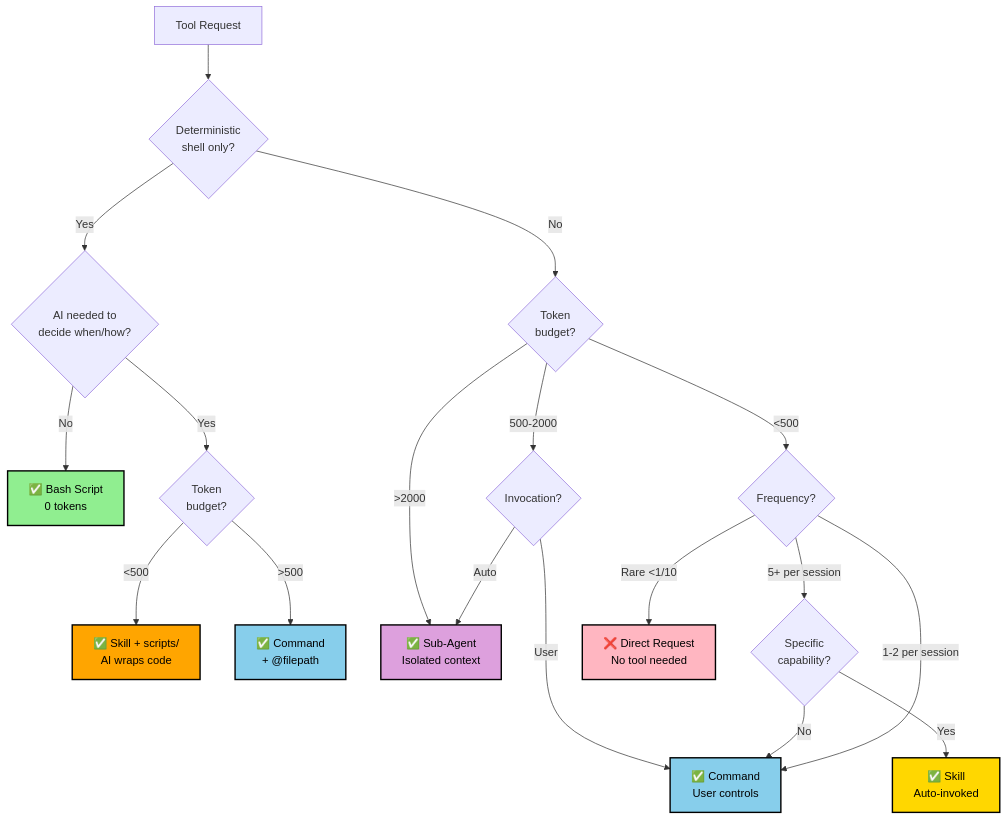
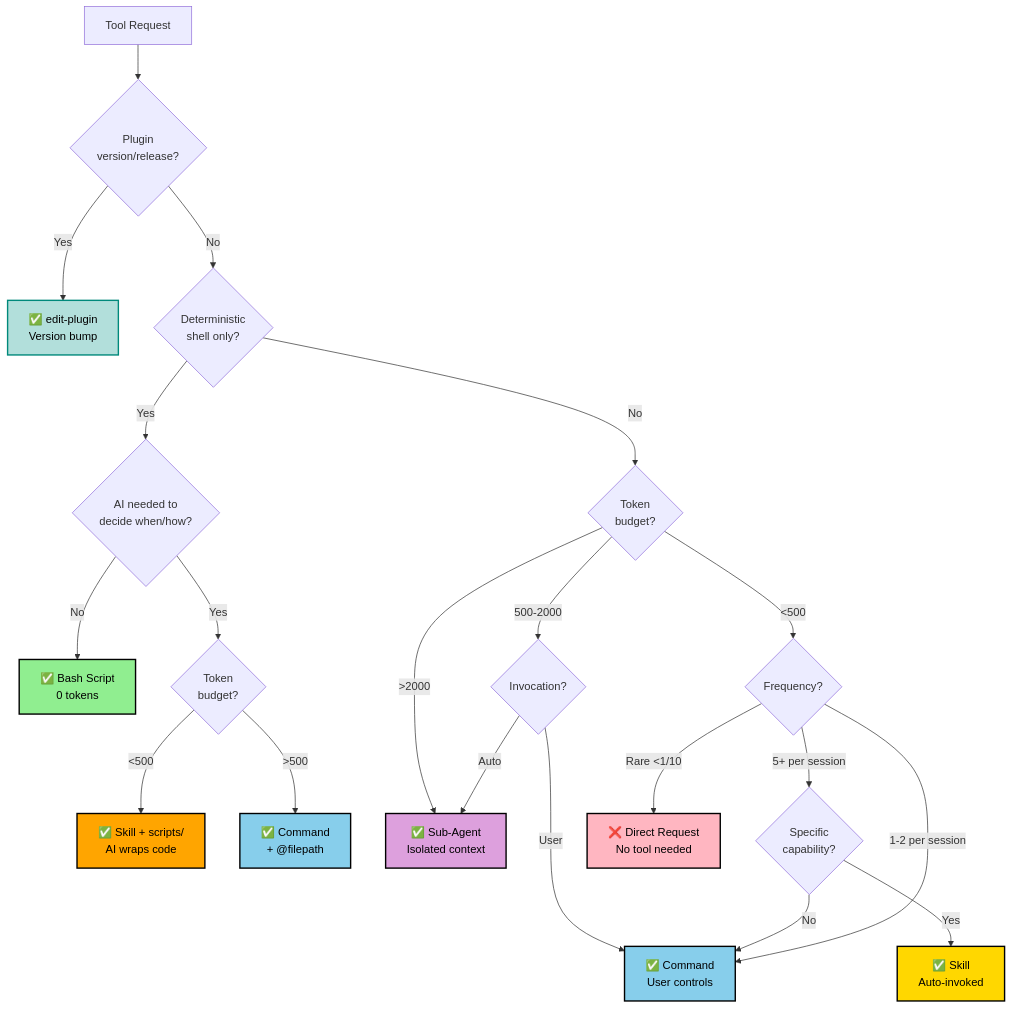
Before and after one commit to digital-stoic-org/agent-skills: the diagram in dstoic/skills/edit-tool/SKILL.md, drawn with Mermaid. The commit also changed other lines of this file and 15 other files, not shown here.

Commit message:
feat(skills): Add edit-plugin v0.2.0 - plugin versioning and metadata sync

````diff
--- a/dstoic/skills/edit-tool/SKILL.md
+++ b/dstoic/skills/edit-tool/SKILL.md
@@ -20,30 +20,33 @@
 ```mermaid
 graph TD
-    A[Tool Request] --> B{Deterministic<br/>shell only?}
+    A[Tool Request] --> AA{Plugin<br/>version/release?}
+    AA -->|Yes| PLUGIN[✅ edit-plugin<br/>Version bump]
+    AA -->|No| B{Deterministic<br/>shell only?}
     B -->|Yes| C{AI needed to<br/>decide when/how?}
     C -->|No| BASH[✅ Bash Script<br/>0 tokens]
     C -->|Yes| D{Token<br/>budget?}
     D -->|<500| WRAP[✅ Skill + scripts/<br/>AI wraps code]
     D -->|>500| CMD1[✅ Command<br/>+ @filepath]
 
     B -->|No| E{Token<br/>budget?}
     E -->|>2000| AGENT[✅ Sub-Agent<br/>Isolated context]
     E -->|500-2000| F{Invocation?}
     F -->|User| CMD2[✅ Command<br/>User controls]
     F -->|Auto| AGENT
 
     E -->|<500| G{Frequency?}
     G -->|5+ per session| H{Specific<br/>capability?}
     H -->|Yes| SKILL[✅ Skill<br/>Auto-invoked]
     H -->|No| CMD2
     G -->|1-2 per session| CMD2
     G -->|Rare <1/10| DIRECT[❌ Direct Request<br/>No tool needed]
 
+    style PLUGIN fill:#B2DFDB,stroke:#00897B,stroke-width:2px,color:#000
     style BASH fill:#90EE90,stroke:#000,stroke-width:2px,color:#000
     style SKILL fill:#FFD700,stroke:#000,stroke-width:2px,color:#000
     style WRAP fill:#FFA500,stroke:#000,stroke-width:2px,color:#000
     style CMD1 fill:#87CEEB,stroke:#000,stroke-width:2px,color:#000
     style CMD2 fill:#87CEEB,stroke:#000,stroke-width:2px,color:#000
     style AGENT fill:#DDA0DD,stroke:#000,stroke-width:2px,color:#000
     style DIRECT fill:#FFB6C1,stroke:#000,stroke-width:2px,color:#000
 ```
````
